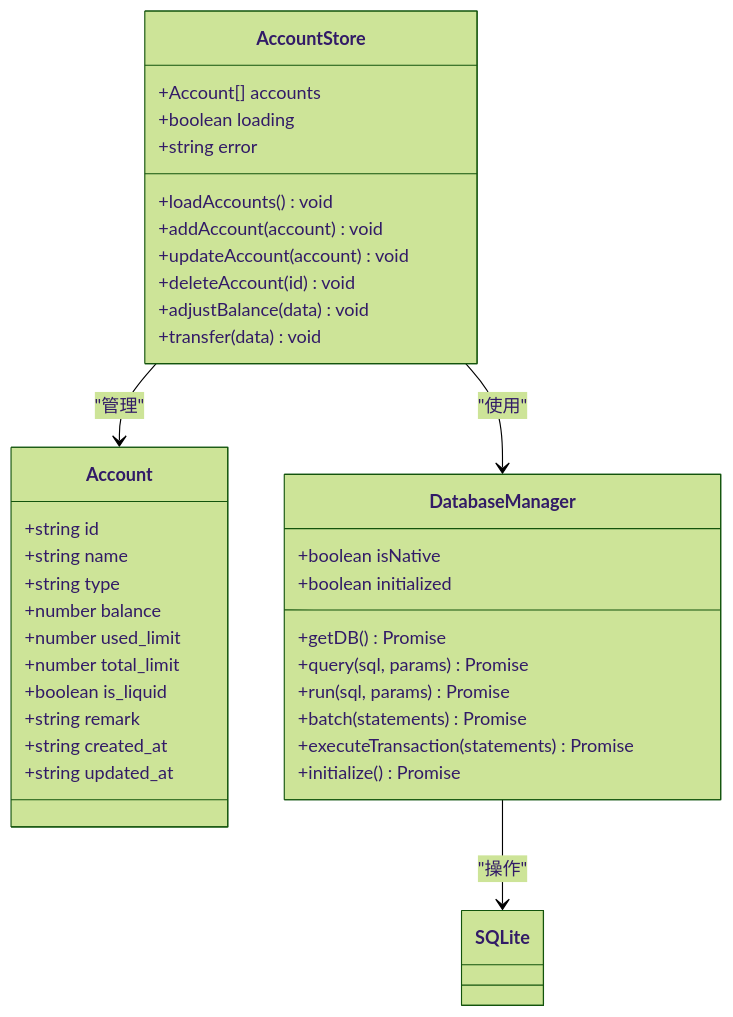
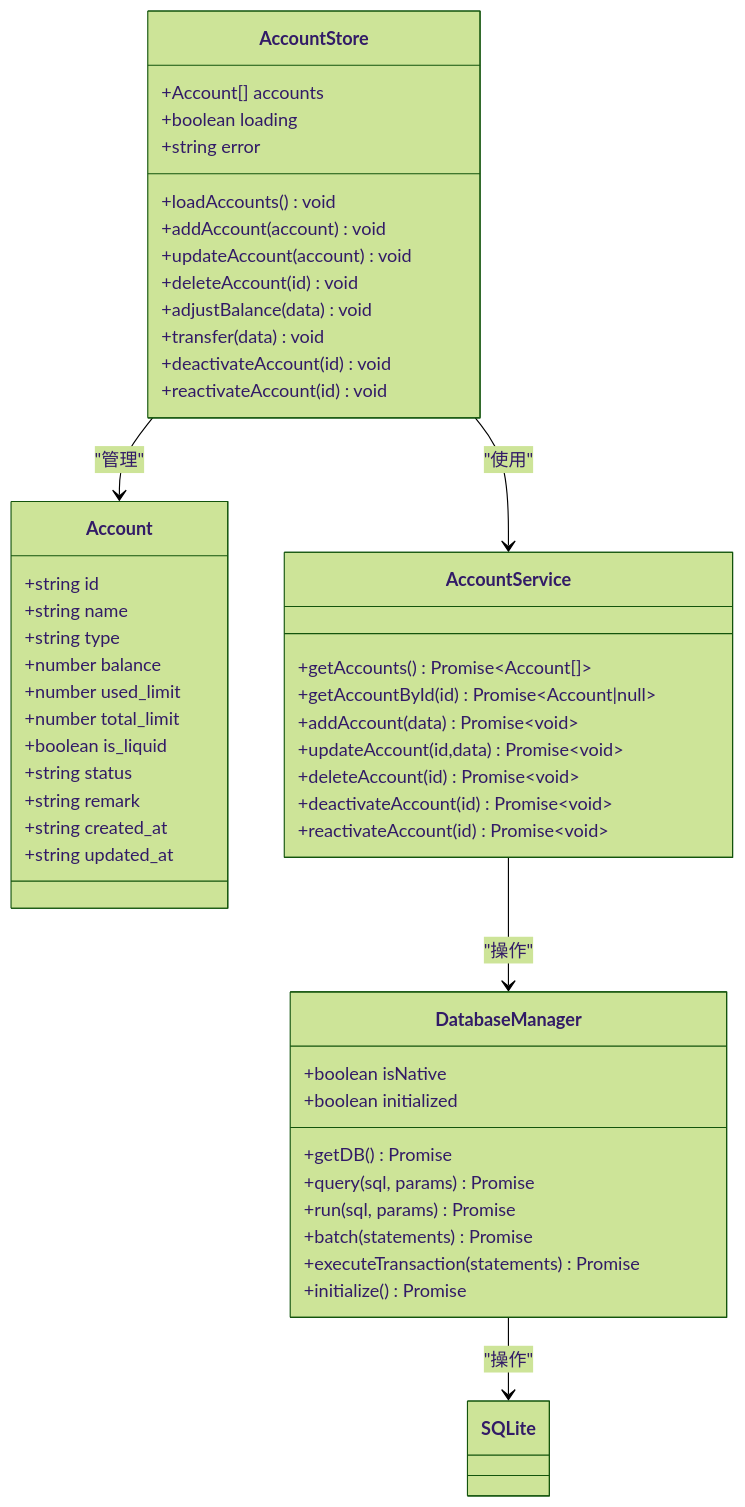
Before and after one commit to xiao-lin-unit/yuan: the third of 5 diagrams in .qoder/repowiki/zh/content/账户管理/账户数据模型.md, drawn with Mermaid (forest theme). The commit also changed other lines of this file and 19 other files, not shown here.

````diff
--- a/.qoder/repowiki/zh/content/账户管理/账户数据模型.md
+++ b/.qoder/repowiki/zh/content/账户管理/账户数据模型.md
@@ -120,39 +146,52 @@
 ```mermaid
 classDiagram
 class Account {
 +string id
 +string name
 +string type
 +number balance
 +number used_limit
 +number total_limit
 +boolean is_liquid
++string status
 +string remark
 +string created_at
 +string updated_at
 }
 class AccountStore {
 +Account[] accounts
 +boolean loading
 +string error
 +loadAccounts() void
 +addAccount(account) void
 +updateAccount(account) void
 +deleteAccount(id) void
 +adjustBalance(data) void
 +transfer(data) void
++deactivateAccount(id) void
++reactivateAccount(id) void
+}
+class AccountService {
++getAccounts() Promise~Account[]~
++getAccountById(id) Promise~Account|null~
++addAccount(data) Promise~void~
++updateAccount(id,data) Promise~void~
++deleteAccount(id) Promise~void~
++deactivateAccount(id) Promise~void~
++reactivateAccount(id) Promise~void~
 }
 class DatabaseManager {
 +boolean isNative
 +boolean initialized
 +getDB() Promise
 +query(sql, params) Promise
 +run(sql, params) Promise
 +batch(statements) Promise
 +executeTransaction(statements) Promise
 +initialize() Promise
 }
 AccountStore --> Account : "管理"
-AccountStore --> DatabaseManager : "使用"
+AccountStore --> AccountService : "使用"
+AccountService --> DatabaseManager : "操作"
 DatabaseManager --> SQLite : "操作"
 ```
````
